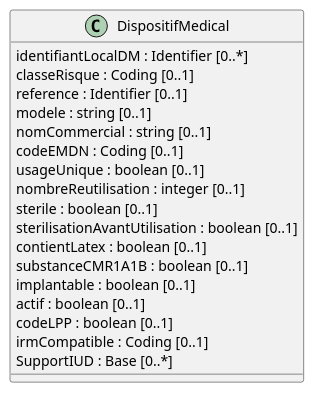
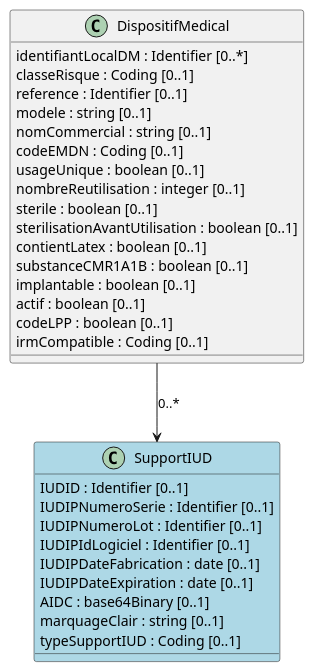
Before and after one commit to ansforge/IG-modele-objets-sante: the diagram in input/images-source/Dispositif médical.plantuml, drawn with PlantUML. The commit also changed 6 other files, not shown here.

Commit message:
Ajout backbones diagrammes

```diff
--- a/input/images-source/Dispositif médical.plantuml
+++ b/input/images-source/Dispositif médical.plantuml
@@ -1,24 +1,36 @@
 @startuml
 
 Class DispositifMedical {
   identifiantLocalDM : Identifier [0..*]
   classeRisque : Coding [0..1]
   reference : Identifier [0..1]
   modele : string [0..1]
   nomCommercial : string [0..1]
   codeEMDN : Coding [0..1]
   usageUnique : boolean [0..1]
   nombreReutilisation : integer [0..1]
   sterile : boolean [0..1]
   sterilisationAvantUtilisation : boolean [0..1]
   contientLatex : boolean [0..1]
   substanceCMR1A1B : boolean [0..1]
   implantable : boolean [0..1]
   actif : boolean [0..1]
   codeLPP : boolean [0..1]
   irmCompatible : Coding [0..1]
-  SupportIUD : Base [0..*]
 }
 
+Class SupportIUD #LightBlue {
+  IUDID : Identifier [0..1]
+  IUDIPNumeroSerie : Identifier [0..1]
+  IUDIPNumeroLot : Identifier [0..1]
+  IUDIPIdLogiciel : Identifier [0..1]
+  IUDIPDateFabrication : date [0..1]
+  IUDIPDateExpiration : date [0..1]
+  AIDC : base64Binary [0..1]
+  marquageClair : string [0..1]
+  typeSupportIUD : Coding [0..1]
+}
+
+DispositifMedical --> SupportIUD : 0..*
 
 @enduml
```
